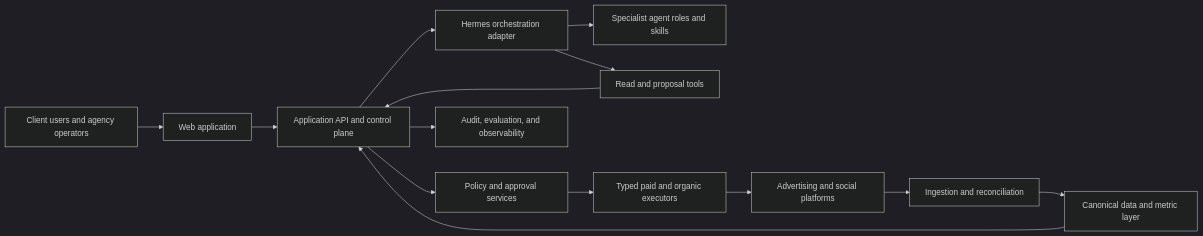
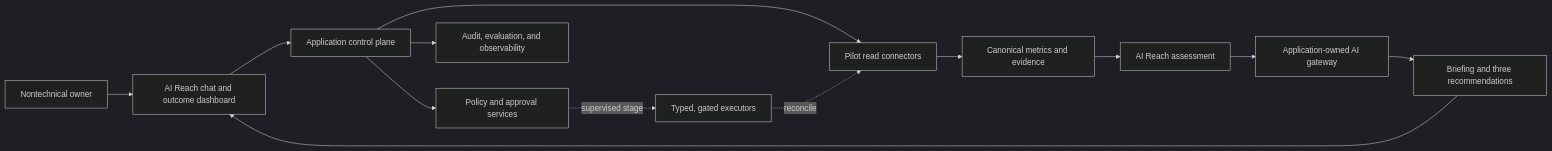
Before and after one commit to rspeciale0519/agent-ads: the first of 2 diagrams in docs/development/architecture/system-architecture.md, drawn with Mermaid (dark theme). The commit also changed other lines of this file and 33 other files, not shown here.

Commit message:
Align product plan around the AI Reach pilot

````diff
--- a/docs/development/architecture/system-architecture.md
+++ b/docs/development/architecture/system-architecture.md
@@ -9,16 +21,15 @@
 ```mermaid
 flowchart LR
-    U["Client users and agency operators"] --> W["Web application"]
-    W --> API["Application API and control plane"]
-    API --> H["Hermes orchestration adapter"]
-    H --> SA["Specialist agent roles and skills"]
-    H --> T["Read and proposal tools"]
-    T --> API
-    API --> P["Policy and approval services"]
-    P --> E["Typed paid and organic executors"]
-    E --> X["Advertising and social platforms"]
-    X --> I["Ingestion and reconciliation"]
-    I --> D["Canonical data and metric layer"]
-    D --> API
-    API --> O["Audit, evaluation, and observability"]
+    U["Nontechnical owner"] --> W["AI Reach chat and outcome dashboard"]
+    W --> C["Application control plane"]
+    C --> R["Pilot read connectors"]
+    R --> D["Canonical metrics and evidence"]
+    D --> A["AI Reach assessment"]
+    A --> G["Application-owned AI gateway"]
+    G --> B["Briefing and three recommendations"]
+    B --> W
+    C --> P["Policy and approval services"]
+    P -. supervised stage .-> E["Typed, gated executors"]
+    E -. reconcile .-> R
+    C --> O["Audit, evaluation, and observability"]
 ```
````
